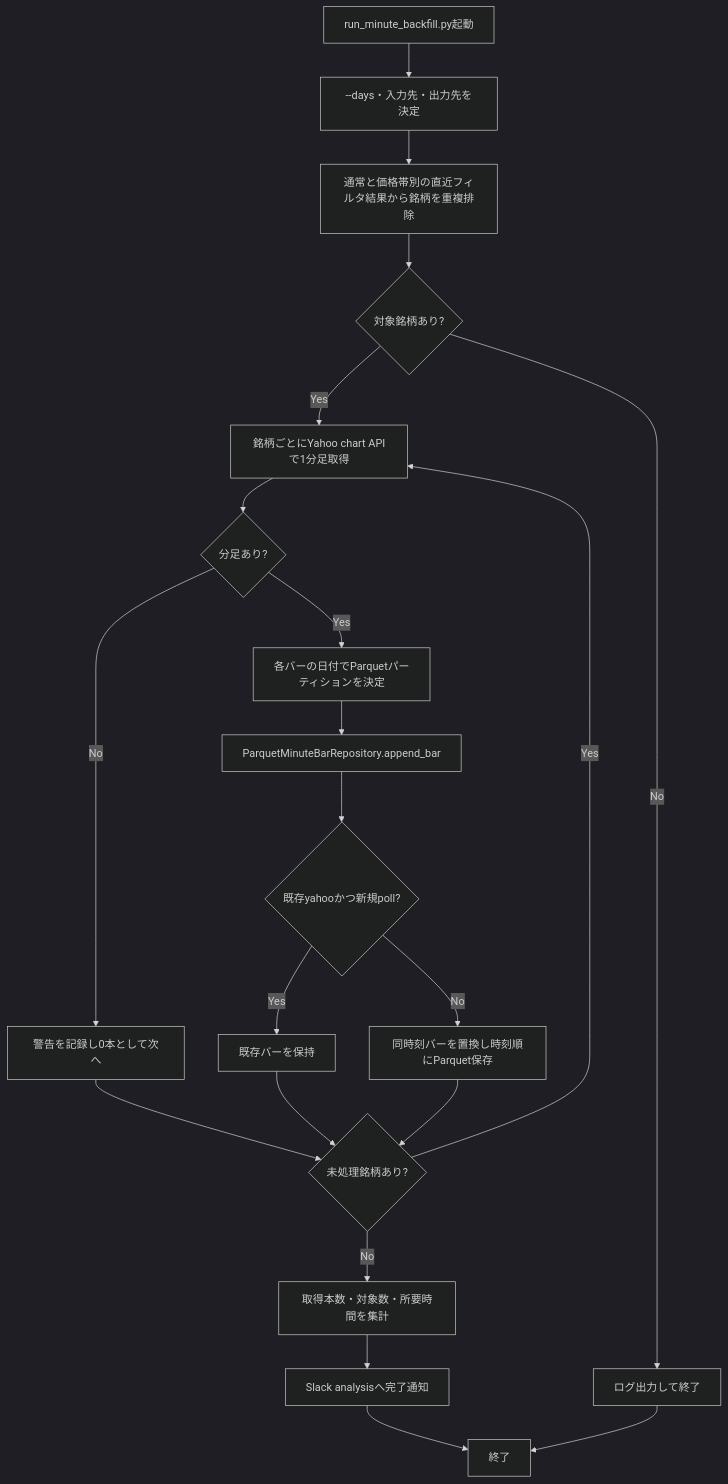
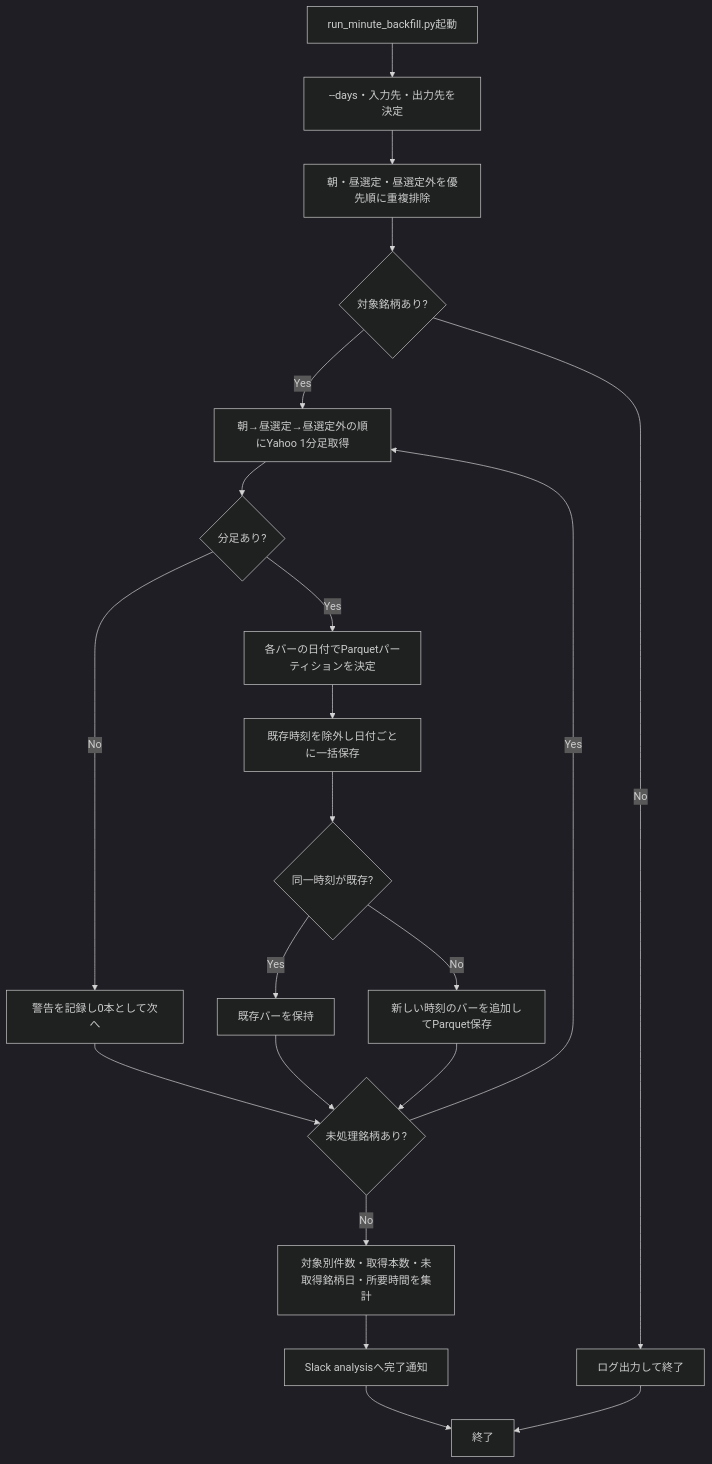
Before and after one commit to kiyoto-aizu/trade-engine: the diagram in docs/detail_design/04-minute-bar-backfill-design.md, drawn with Mermaid (dark theme). The commit also changed other lines of this file and 11 other files, not shown here.

````diff
--- a/docs/detail_design/04-minute-bar-backfill-design.md
+++ b/docs/detail_design/04-minute-bar-backfill-design.md
@@ -39,23 +41,23 @@
 ```mermaid
 flowchart TD
     Start["run_minute_backfill.py起動"] --> Args["--days・入力先・出力先を決定"]
-    Args --> Collect["通常と価格帯別の直近フィルタ結果から銘柄を重複排除"]
+    Args --> Collect["朝・昼選定・昼選定外を優先順に重複排除"]
     Collect --> HasSymbols{"対象銘柄あり?"}
     HasSymbols -->|No| NoWork["ログ出力して終了"]
-    HasSymbols -->|Yes| Fetch["銘柄ごとにYahoo chart APIで1分足取得"]
+    HasSymbols -->|Yes| Fetch["朝→昼選定→昼選定外の順にYahoo 1分足取得"]
     Fetch --> HasBars{"分足あり?"}
     HasBars -->|No| Empty["警告を記録し0本として次へ"]
     HasBars -->|Yes| EachBar["各バーの日付でParquetパーティションを決定"]
-    EachBar --> Append["ParquetMinuteBarRepository.append_bar"]
-    Append --> Priority{"既存yahooかつ新規poll?"}
+    EachBar --> Append["既存時刻を除外し日付ごとに一括保存"]
+    Append --> Priority{"同一時刻が既存?"}
     Priority -->|Yes| Keep["既存バーを保持"]
-    Priority -->|No| Write["同時刻バーを置換し時刻順にParquet保存"]
+    Priority -->|No| Write["新しい時刻のバーを追加してParquet保存"]
     Empty --> More{"未処理銘柄あり?"}
     Keep --> More
     Write --> More
     More -->|Yes| Fetch
-    More -->|No| Summary["取得本数・対象数・所要時間を集計"]
+    More -->|No| Summary["対象別件数・取得本数・未取得銘柄日・所要時間を集計"]
     Summary --> Notify["Slack analysisへ完了通知"]
     Notify --> End["終了"]
     NoWork --> End
 ```
````
